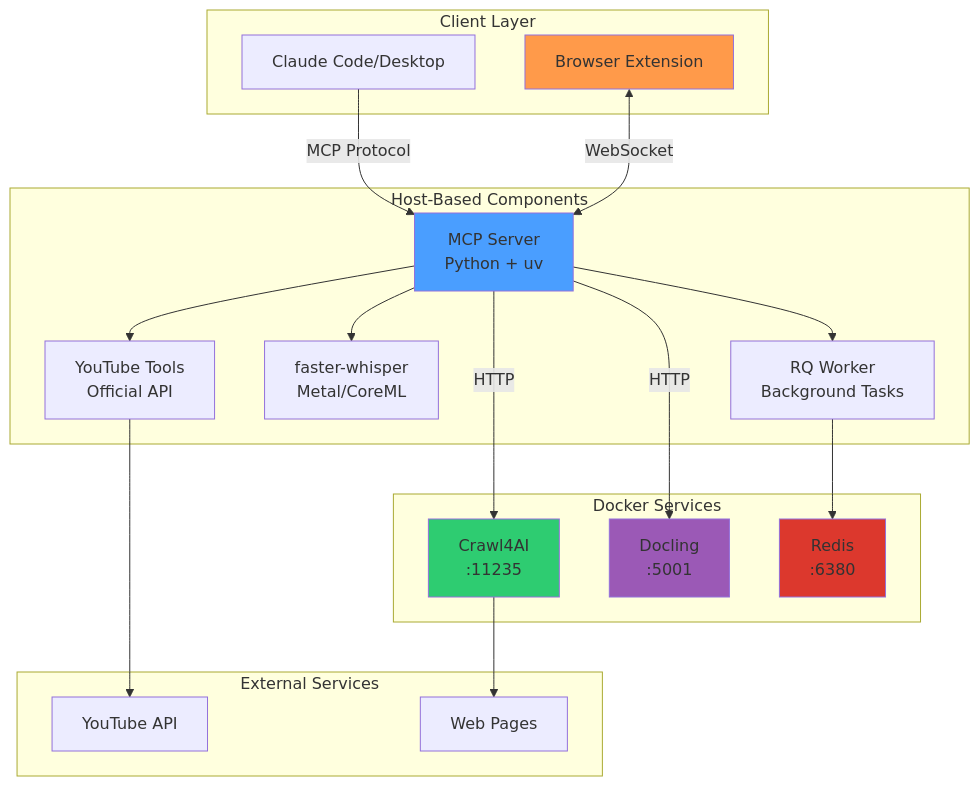
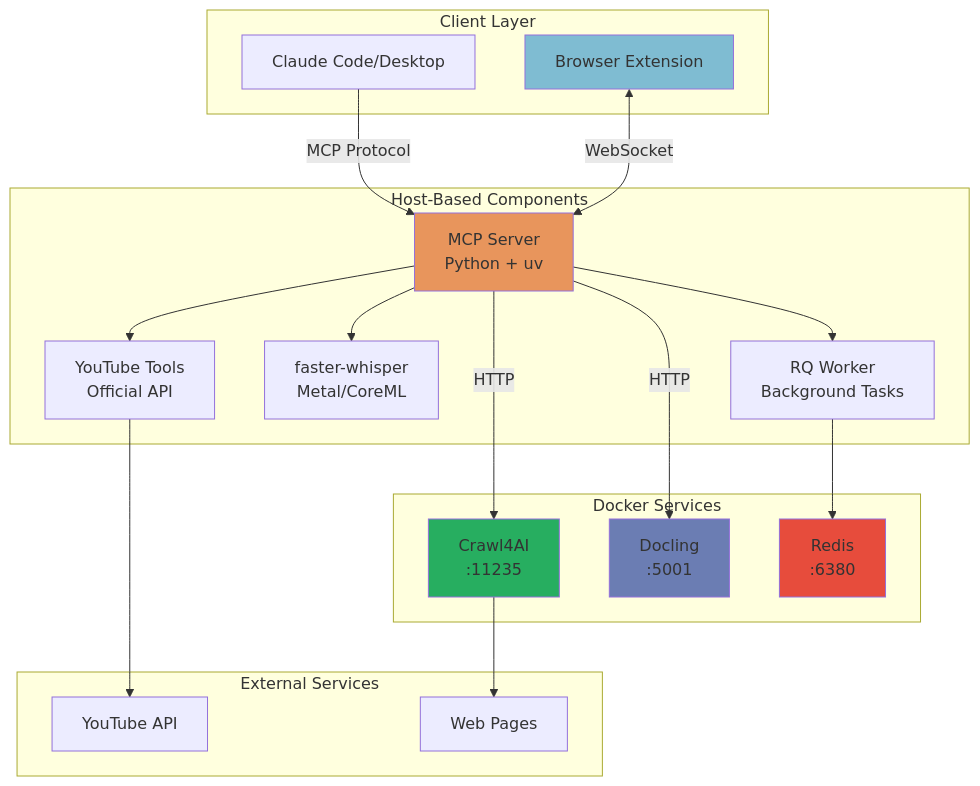
One commit to Enablement-Engineering/gobbler changed the diagram in README.md. Above: the diagram before and after it, drawn with Mermaid. The commit also changed other lines of this file and 11 other files, not shown here.

````diff
--- a/README.md
+++ b/README.md
@@ -66,42 +73,42 @@
 ```mermaid
 graph TB
     subgraph "Client Layer"
         CC[Claude Code/Desktop]
         BE[Browser Extension]
     end
 
     subgraph "Host-Based Components"
         MCP[MCP Server<br/>Python + uv]
         YT[YouTube Tools<br/>Official API]
         FW[faster-whisper<br/>Metal/CoreML]
         RQ[RQ Worker<br/>Background Tasks]
     end
 
     subgraph "Docker Services"
         C4[Crawl4AI<br/>:11235]
         DL[Docling<br/>:5001]
         RD[Redis<br/>:6380]
     end
 
     subgraph "External Services"
         YTA[YouTube API]
         WEB[Web Pages]
     end
 
     CC -->|MCP Protocol| MCP
     BE <-->|WebSocket| MCP
     MCP --> YT
     MCP --> FW
     MCP -->|HTTP| C4
     MCP -->|HTTP| DL
     MCP --> RQ
     RQ --> RD
     YT --> YTA
     C4 --> WEB
 
-    style MCP fill:#4a9eff
-    style BE fill:#ff9a4a
-    style RD fill:#dc382d
-    style C4 fill:#2ecc71
-    style DL fill:#9b59b6
+    style MCP fill:#E8955C
+    style BE fill:#7FBCD2
+    style RD fill:#E74C3C
+    style C4 fill:#27AE60
+    style DL fill:#6B7DB3
 ```
````
